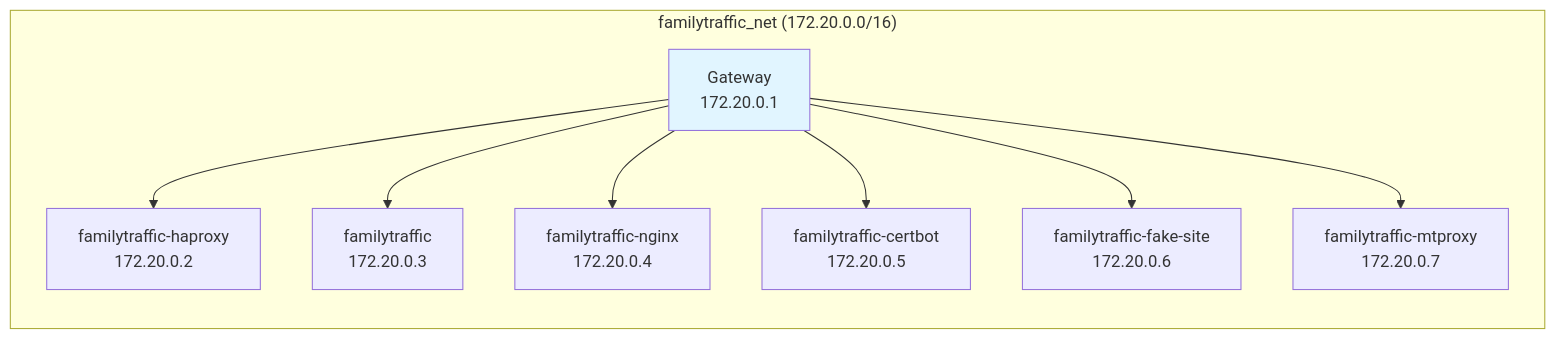
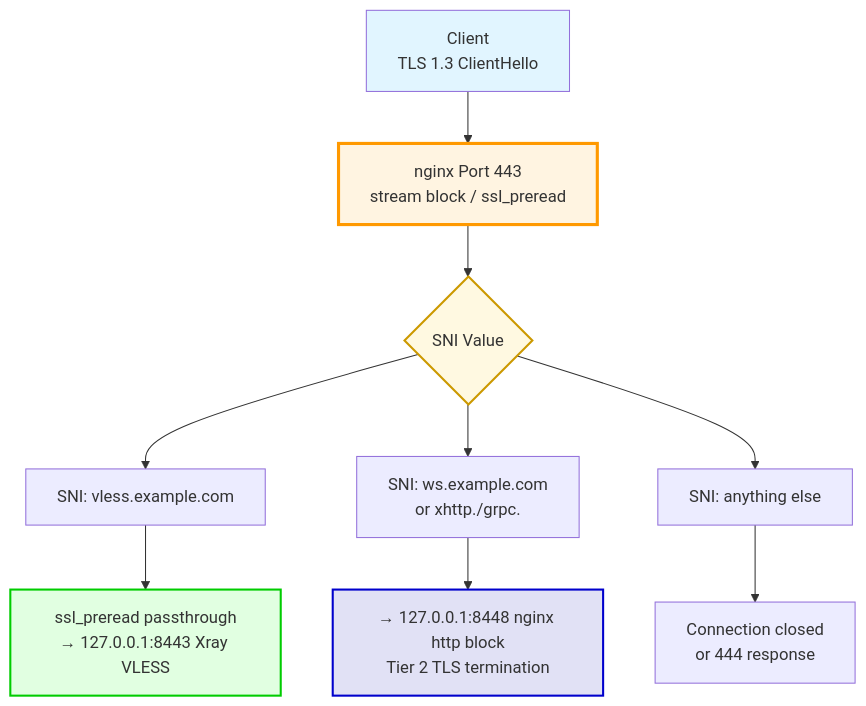
The fourth of 6 diagrams in docs/architecture/diagrams/deployment/docker-topology.md (ikeniborn/vless), drawn with Mermaid before and after one commit. The commit also changed other lines of this file and 24 other files, not shown here.

First line of the commit message:
refactor(docs+scripts): replace vless project references with familytraffic, update to v5.33 arch

````diff
--- a/docs/architecture/diagrams/deployment/docker-topology.md
+++ b/docs/architecture/diagrams/deployment/docker-topology.md
@@ -349,21 +192,32 @@
 ```mermaid
-graph LR
-    subgraph "familytraffic_net (172.20.0.0/16)"
-        Gateway[Gateway<br/>172.20.0.1]
-        HAProxy[familytraffic-haproxy<br/>172.20.0.2]
-        Xray[familytraffic<br/>172.20.0.3]
-        NginxRP[familytraffic-nginx<br/>172.20.0.4]
-        Certbot[familytraffic-certbot<br/>172.20.0.5]
-        FakeSite[familytraffic-fake-site<br/>172.20.0.6]
-        MTProxy[familytraffic-mtproxy<br/>172.20.0.7]
-    end
+graph TB
+    Client[Client<br/>TLS 1.3 ClientHello]
+    Nginx443[nginx Port 443<br/>stream block / ssl_preread]
 
-    Gateway --> HAProxy
-    Gateway --> Xray
-    Gateway --> NginxRP
-    Gateway --> Certbot
-    Gateway --> FakeSite
-    Gateway --> MTProxy
+    Decision{SNI Value}
 
-    style Gateway fill:#e1f5ff
+    VLESS[SNI: vless.example.com]
+    Tier2[SNI: ws.example.com<br/>or xhttp./grpc.]
+    Unknown[SNI: anything else]
+
+    RouteXray[ssl_preread passthrough<br/>→ 127.0.0.1:8443 Xray VLESS]
+    RouteTier2[→ 127.0.0.1:8448 nginx http block<br/>Tier 2 TLS termination]
+    RouteDrop[Connection closed<br/>or 444 response]
+
+    Client --> Nginx443
+    Nginx443 --> Decision
+
+    Decision --> VLESS
+    Decision --> Tier2
+    Decision --> Unknown
+
+    VLESS --> RouteXray
+    Tier2 --> RouteTier2
+    Unknown --> RouteDrop
+
+    style Client fill:#e1f5ff
+    style Nginx443 fill:#fff4e1,stroke:#ff9900,stroke-width:3px
+    style Decision fill:#fff9e1,stroke:#cc9900,stroke-width:2px
+    style RouteXray fill:#e1ffe1,stroke:#00cc00,stroke-width:2px
+    style RouteTier2 fill:#e1e1f5,stroke:#0000cc,stroke-width:2px
 ```
````
